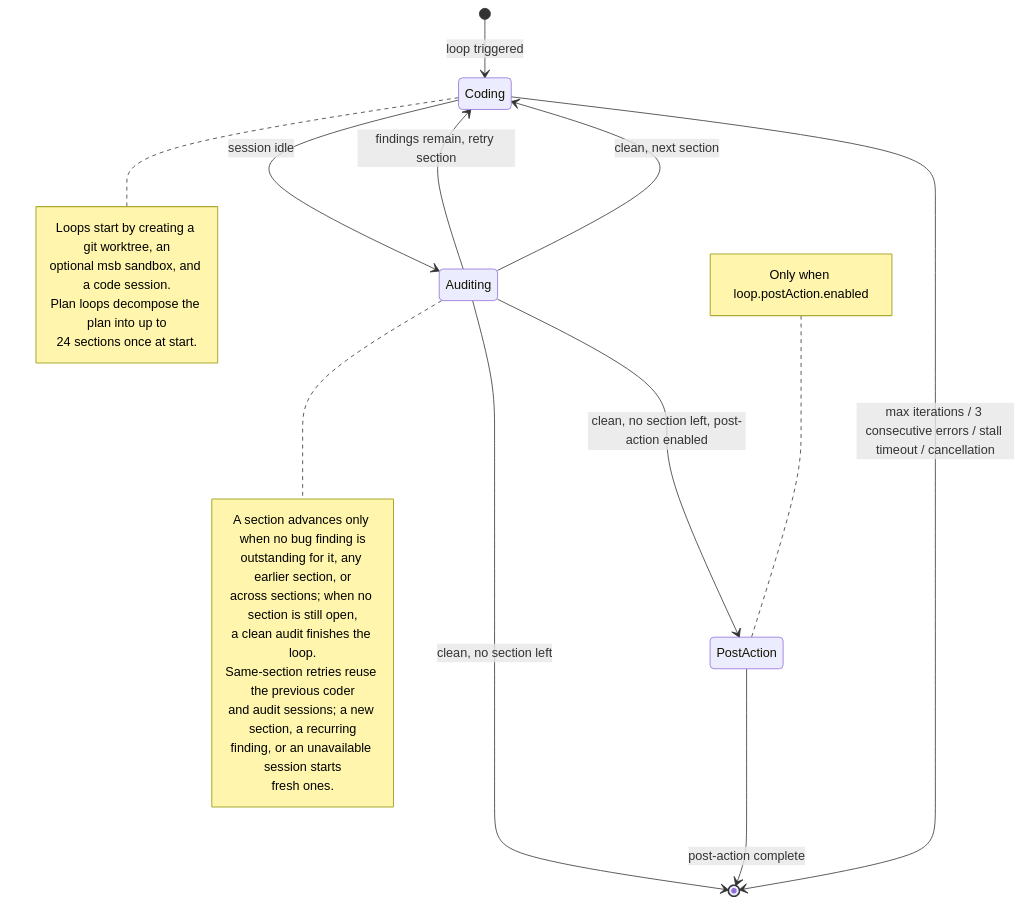
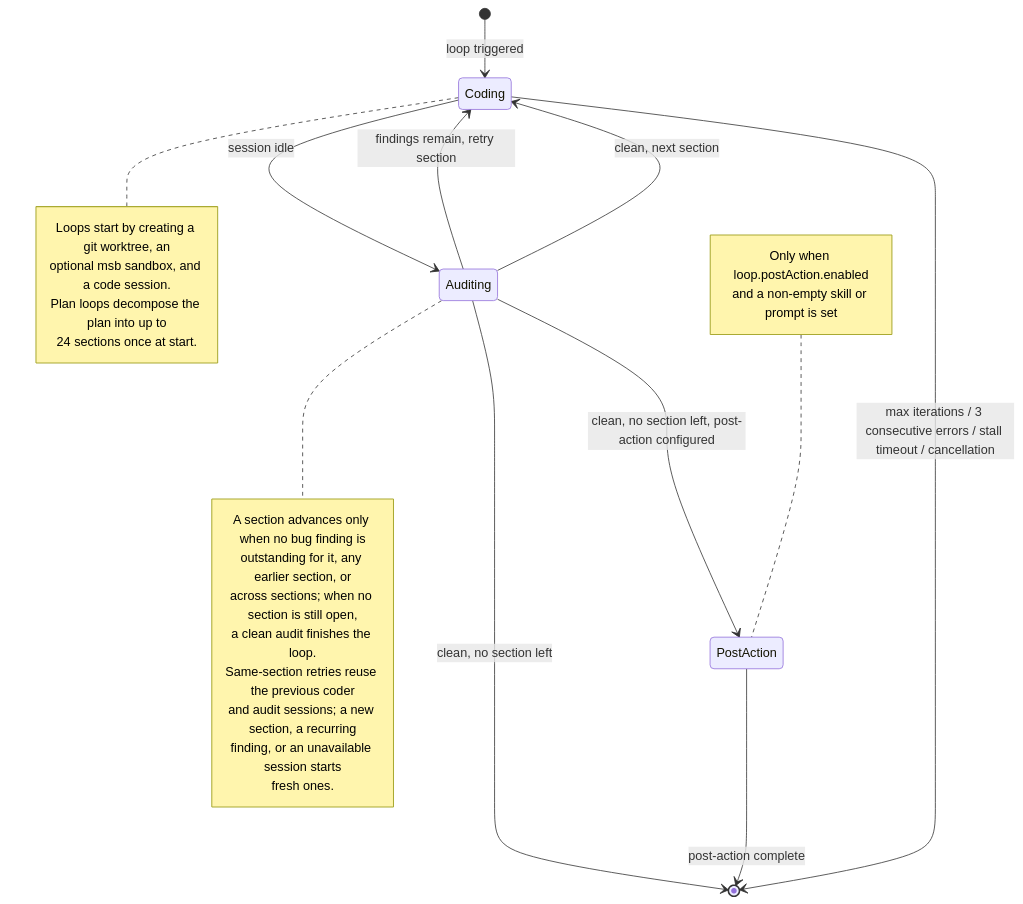
One commit to chriswritescode-dev/opencode-forge changed the diagram in docs/api/_media/loop-flow.mmd. Above: the diagram before and after it, drawn with Mermaid. The commit also changed 15 other files, not shown here.

Commit message:
docs(loop): post-action needs enabled plus a skill or prompt

```diff
--- a/docs/api/_media/loop-flow.mmd
+++ b/docs/api/_media/loop-flow.mmd
@@ -1,31 +1,32 @@
 %% Regenerate: mmdc -i diagrams/loop-flow.mmd -o /tmp/loop-flow.png -b white -s 2
 %%             magick /tmp/loop-flow.png -quality 90 diagrams/loop-flow.webp
 stateDiagram-v2
     direction TB
     [*] --> Coding: loop triggered
     Coding --> Auditing: session idle
     Auditing --> Coding: findings remain, retry section
     Auditing --> Coding: clean, next section
-    Auditing --> PostAction: clean, no section left, post-action enabled
+    Auditing --> PostAction: clean, no section left, post-action configured
     Auditing --> [*]: clean, no section left
     PostAction --> [*]: post-action complete
     Coding --> [*]: max iterations / 3 consecutive errors / stall timeout / cancellation
     note right of Coding
         Loops start by creating a git worktree, an
         optional msb sandbox, and a code session.
         Plan loops decompose the plan into up to
         24 sections once at start.
     end note
     note right of Auditing
         A section advances only when no bug finding is
         outstanding for it, any earlier section, or
         across sections; when no section is still open,
         a clean audit finishes the loop.
         Same-section retries reuse the previous coder
         and audit sessions; a new section, a recurring
         finding, or an unavailable session starts
         fresh ones.
     end note
     note left of PostAction
         Only when loop.postAction.enabled
+        and a non-empty skill or prompt is set
     end note
```
